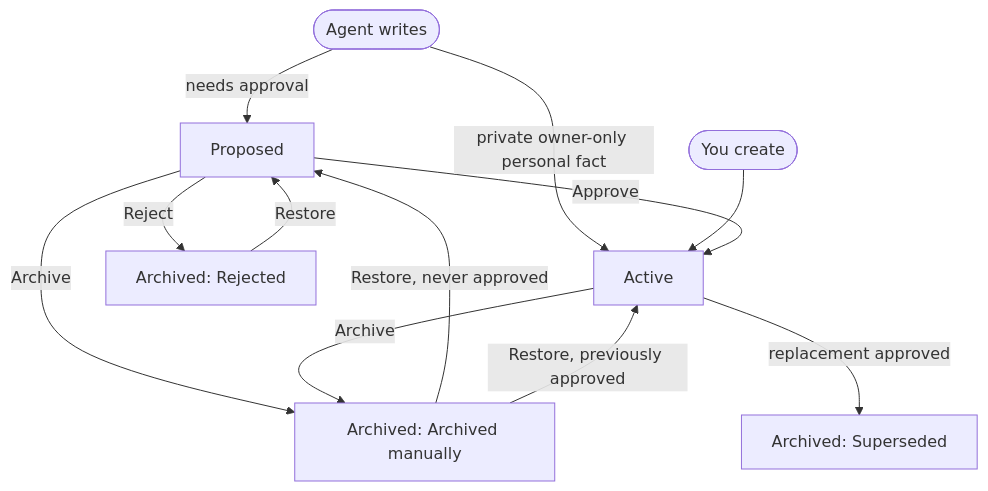
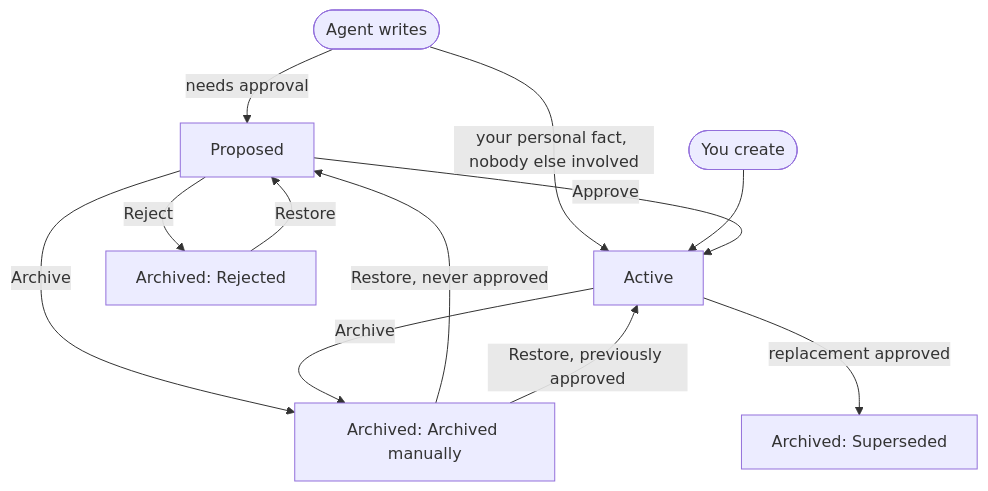
The diagram in packages/docs/content/docs/configure/memories.mdx (ColeMurray/background-agents), drawn with Mermaid before and after one commit. The commit also changed other lines of this file and 74 other files, not shown here.

First line of the commit message:
feat: tie personal memory to the session owner's own prompts

````diff
--- a/packages/docs/content/docs/configure/memories.mdx
+++ b/packages/docs/content/docs/configure/memories.mdx
@@ -95,15 +102,15 @@
 ```mermaid
 flowchart TB
     accTitle: Memory lifecycle from proposal to archive
     Agent([Agent writes]) -->|needs approval| Proposed
-    Agent -->|private owner-only personal fact| Active
+    Agent -->|your personal fact, nobody else involved| Active
     You([You create]) --> Active
     Proposed -->|Approve| Active
     Proposed -->|Reject| Rejected[Archived: Rejected]
     Proposed -->|Archive| Archived[Archived: Archived manually]
     Active -->|Archive| Archived
     Active -->|replacement approved| Superseded[Archived: Superseded]
     Rejected -->|Restore| Proposed
     Archived -->|Restore, never approved| Proposed
     Archived -->|Restore, previously approved| Active
 ```
````
